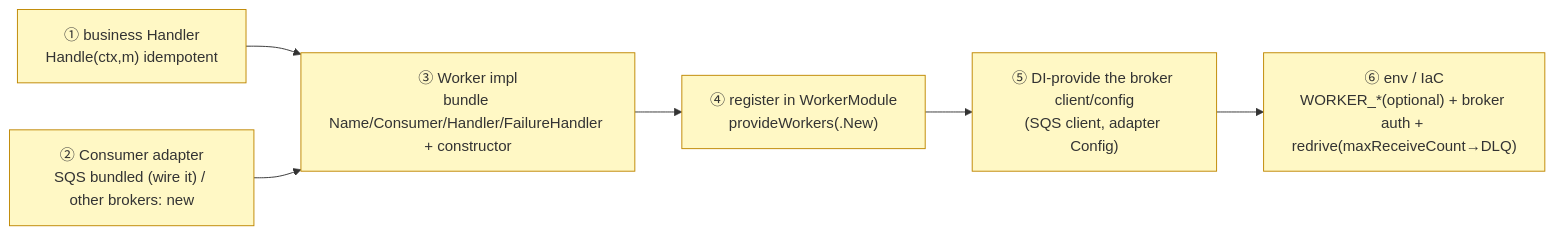
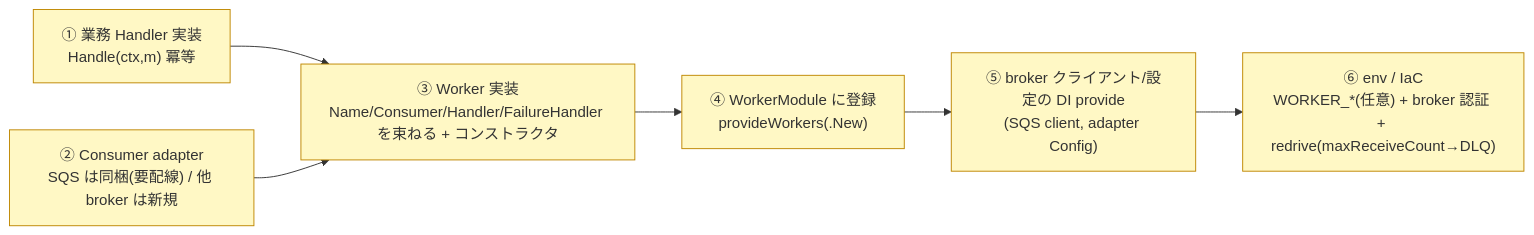
One commit to Tomy-ch/go-boilerplate changed the sixth of 6 diagrams in docs/design/worker.md. Above: the diagram before and after it, drawn with Mermaid. The commit also changed other lines of this file and 970 other files, not shown here.

````diff
--- a/docs/design/worker.md
+++ b/docs/design/worker.md
@@ -197,13 +198,13 @@
 ```mermaid
 flowchart LR
-    H["① business Handler<br/>Handle(ctx,m) idempotent"]:::need
-    C["② Consumer adapter<br/>SQS bundled (wire it) / other brokers: new"]:::need
-    FW["③ Worker impl<br/>bundle Name/Consumer/Handler/FailureHandler + constructor"]:::need
-    R["④ register in WorkerModule<br/>provideWorkers(<pkg>.New)"]:::need
-    W["⑤ DI-provide the broker client/config<br/>(SQS client, adapter Config)"]:::need
-    ENVV["⑥ env / IaC<br/>WORKER_*(optional) + broker auth + redrive(maxReceiveCount→DLQ)"]:::need
+    H["① 業務 Handler 実装<br/>Handle(ctx,m) 冪等"]:::need
+    C["② Consumer adapter<br/>SQS は同梱(要配線) / 他 broker は新規"]:::need
+    FW["③ Worker 実装<br/>Name/Consumer/Handler/FailureHandler を束ねる + コンストラクタ"]:::need
+    R["④ WorkerModule に登録<br/>provideWorkers(<pkg>.New)"]:::need
+    W["⑤ broker クライアント/設定の DI provide<br/>(SQS client, adapter Config)"]:::need
+    ENVV["⑥ env / IaC<br/>WORKER_*(任意) + broker 認証 + redrive(maxReceiveCount→DLQ)"]:::need
     H --> FW
     C --> FW
     FW --> R --> W --> ENVV
     classDef need fill:#fff8c5,stroke:#bf8700;
 ```
````
